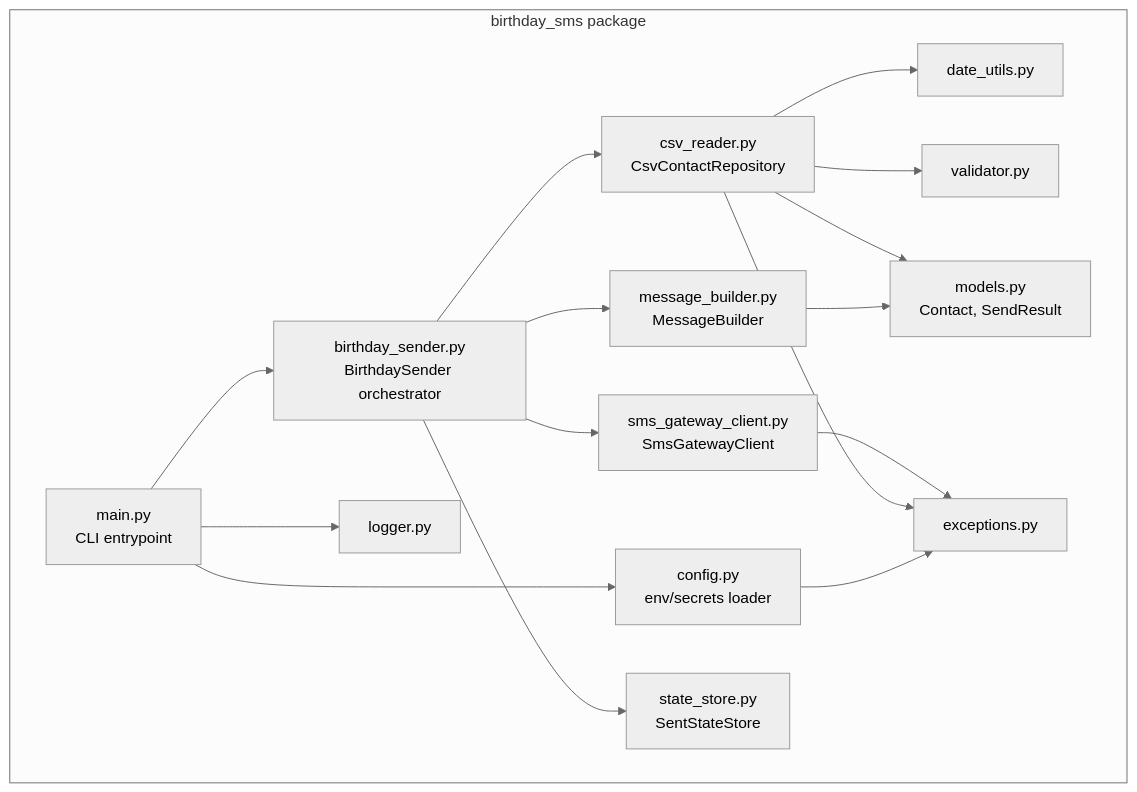
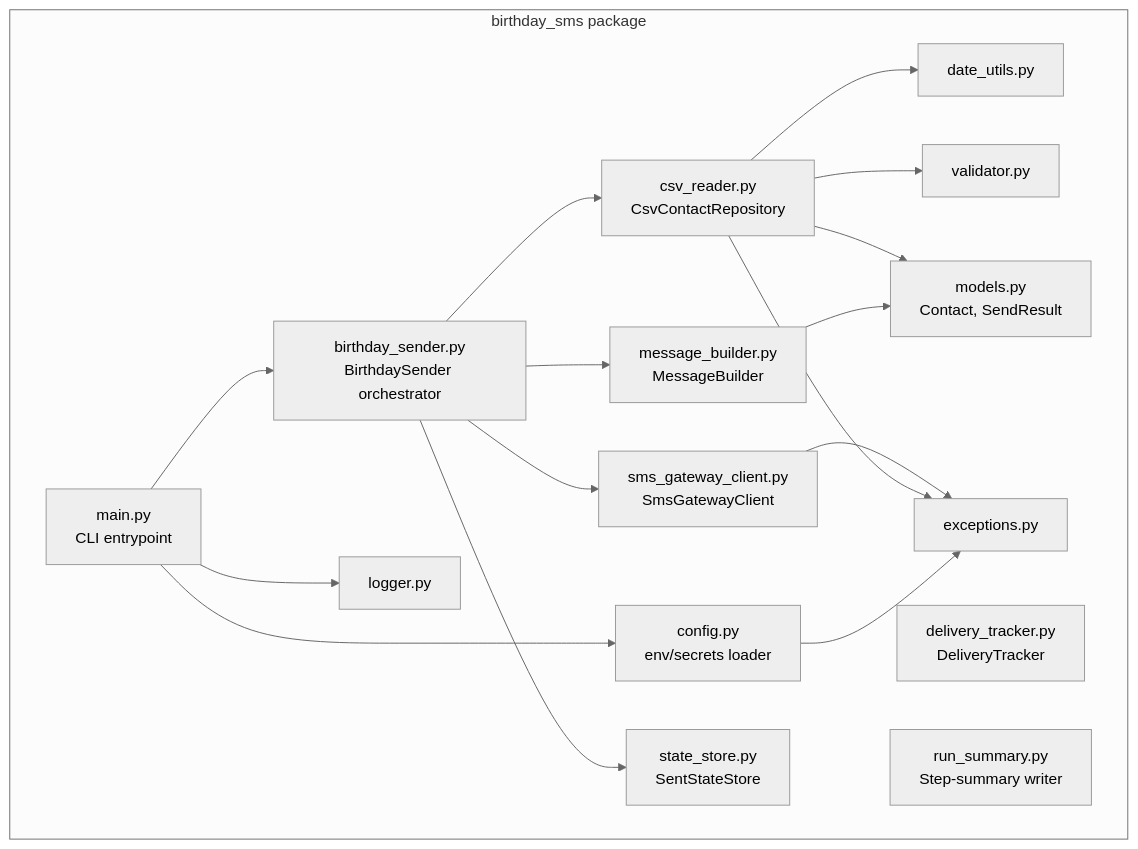
The third of 5 diagrams in docs/ARCHITECTURE.md (Manas-Dikshit/Messenger_Automation), drawn with Mermaid (neutral theme) before and after one commit. The commit also changed other lines of this file and 13 other files, not shown here.

Commit message:
docs & features: update architecture docs, delivery tracking, and run summary

````diff
--- a/docs/ARCHITECTURE.md
+++ b/docs/ARCHITECTURE.md
@@ -84,32 +90,34 @@
 ```mermaid
 flowchart TB
     subgraph "birthday_sms package"
         main[main.py<br/>CLI entrypoint]
         config[config.py<br/>env/secrets loader]
         csv[csv_reader.py<br/>CsvContactRepository]
         date_utils[date_utils.py]
         validator[validator.py]
         msg[message_builder.py<br/>MessageBuilder]
         sender[birthday_sender.py<br/>BirthdaySender orchestrator]
         client[sms_gateway_client.py<br/>SmsGatewayClient]
+        tracker[delivery_tracker.py<br/>DeliveryTracker]
+        summary[run_summary.py<br/>Step-summary writer]
         state[state_store.py<br/>SentStateStore]
         logger[logger.py]
         models[models.py<br/>Contact, SendResult]
         exceptions[exceptions.py]
     end
 
     main --> config
     main --> sender
     main --> logger
     sender --> csv
     sender --> msg
     sender --> client
     sender --> state
     csv --> date_utils
     csv --> validator
     csv --> models
     msg --> models
     client --> exceptions
     csv --> exceptions
     config --> exceptions
 ```
````
